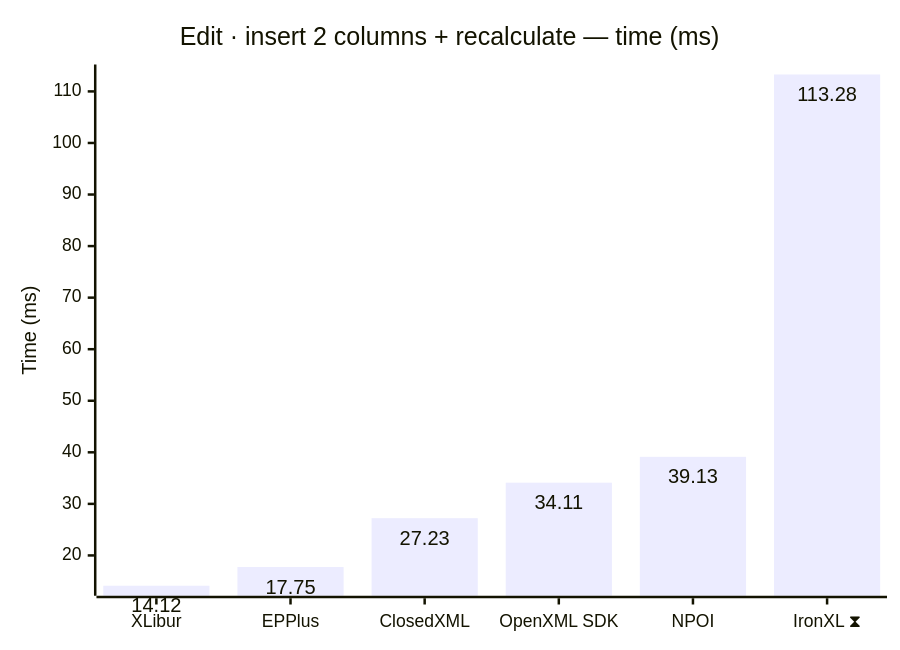
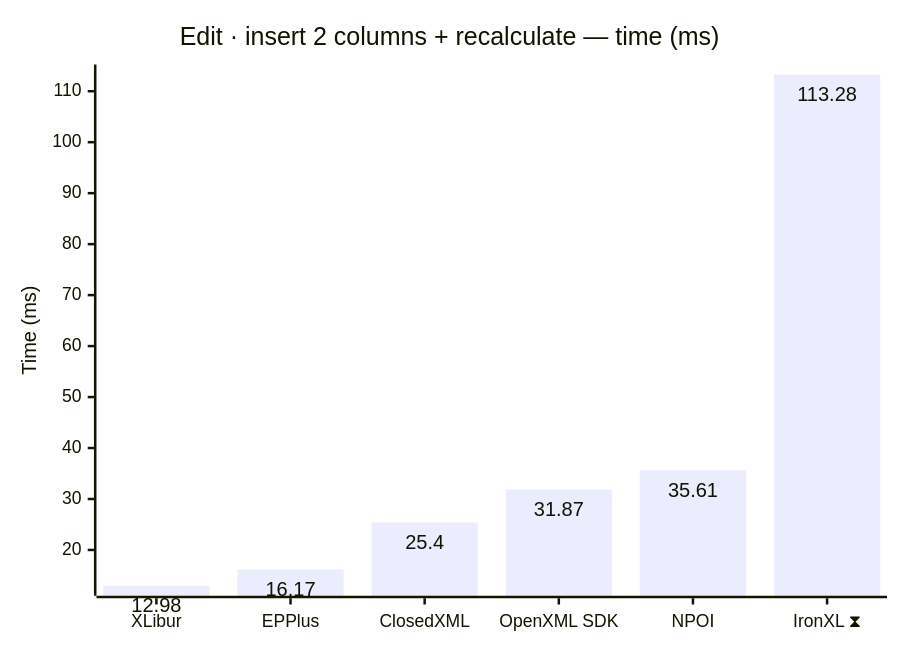
Before and after one commit to jafin/XLBench: diagram 11 of 12 in docs/results.md, drawn with Mermaid. The commit also changed other lines of this file and 6 other files, not shown here.

````diff
--- a/docs/results.md
+++ b/docs/results.md
@@ -169,12 +169,12 @@
 ```mermaid
 ---
 config:
   xyChart:
     showDataLabel: true
 ---
 xychart-beta
     title "Edit · insert 2 columns + recalculate — time (ms)"
     x-axis ["XLibur", "EPPlus", "ClosedXML", "OpenXML SDK", "NPOI", "IronXL ⧗"]
     y-axis "Time (ms)"
-    bar [14.12, 17.75, 27.23, 34.11, 39.13, 113.28]
+    bar [12.98, 16.17, 25.4, 31.87, 35.61, 113.28]
 ```
````
